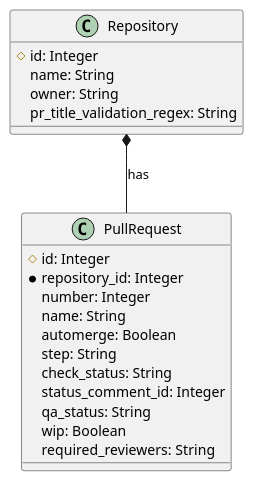
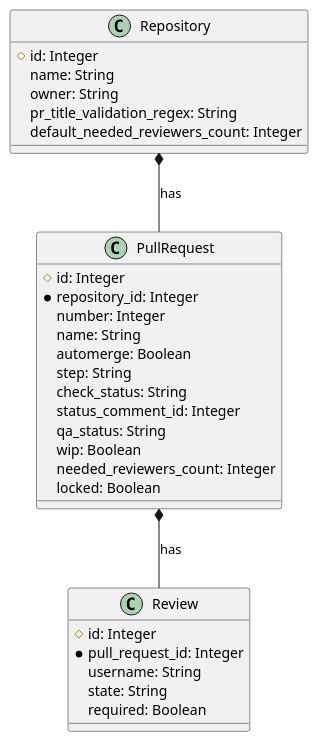
The diagram in docs/schema.plantuml (sharingcloud/github-scbot), drawn with PlantUML before and after one commit. The commit also changed 173 other files, not shown here.

```diff
--- a/docs/schema.plantuml
+++ b/docs/schema.plantuml
@@ -1,23 +1,33 @@
 @startuml Schema
 class Repository {
     #id: Integer
     name: String
     owner: String
     pr_title_validation_regex: String
+    default_needed_reviewers_count: Integer
 }
 class PullRequest {
     #id: Integer
     *repository_id: Integer
     number: Integer
     name: String
     automerge: Boolean
     step: String
     check_status: String
     status_comment_id: Integer
     qa_status: String
     wip: Boolean
-    required_reviewers: String
+    needed_reviewers_count: Integer
+    locked: Boolean
+}
+class Review {
+    #id: Integer
+    *pull_request_id: Integer
+    username: String
+    state: String
+    required: Boolean
 }
 
 Repository *-- PullRequest : has
+PullRequest *-- Review : has
 @enduml
```
